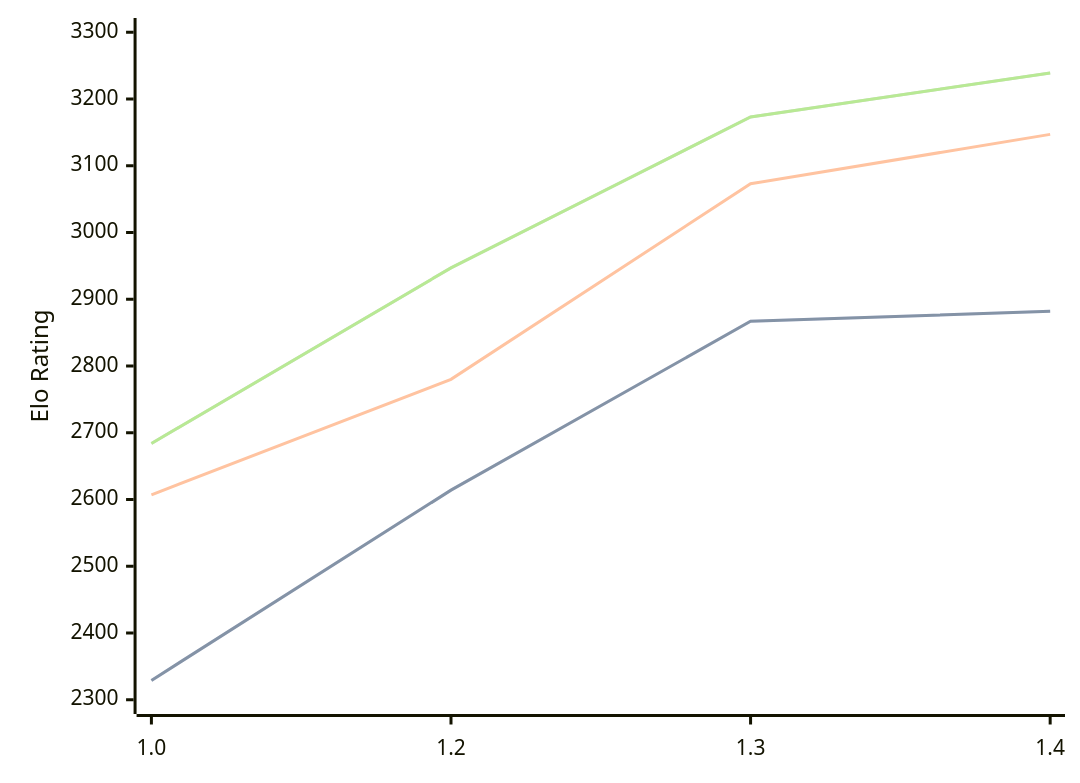
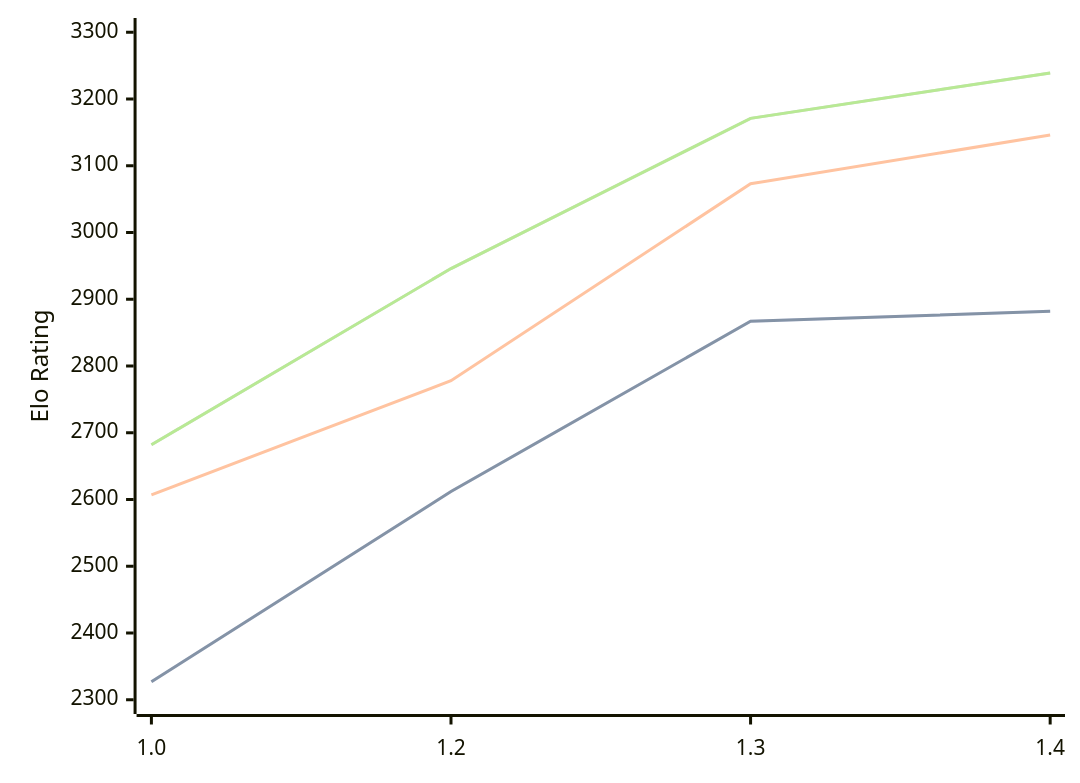
One commit to computer-chess-index/cci changed the diagram in engines/Chessnix.md. Above: the diagram before and after it, drawn with Mermaid. The commit also changed other lines of this file, not shown here.

Commit message:
Update CCI Ratings (ELO VLTC) - 2026-10-01

````diff
--- a/engines/Chessnix.md
+++ b/engines/Chessnix.md
@@ -34,11 +34,11 @@
 ```mermaid
 %%{init: {"theme":"base","themeVariables":{"seriesColors:['#a3a3a3','#222221','#faa371']}}}%%
 xychart-beta
   x-axis ["1.0", "1.2", "1.3", "1.4"]
   y-axis "Elo Rating" 2300 --> 3300
-  line "" [2329, 2614, 2867, 2882]
-  line "STC (8.0+0.08s)" [2329, 2614, 2867, 2882]
-  line "LTC (60.0+0.60s)" [2607, 2780, 3073, 3147]
-  line "" [2684, 2947, 3173, 3239]
-  line "VLTC (2m24s+1.12s)" [2684, 2947, 3173, 3239]
+  line "" [2327, 2612, 2867, 2882]
+  line "STC (8.0+0.08s)" [2327, 2612, 2867, 2882]
+  line "LTC (60.0+0.60s)" [2607, 2778, 3073, 3146]
+  line "" [2682, 2946, 3171, 3239]
+  line "VLTC (2m24s+1.12s)" [2682, 2946, 3171, 3239]
 ```
````
